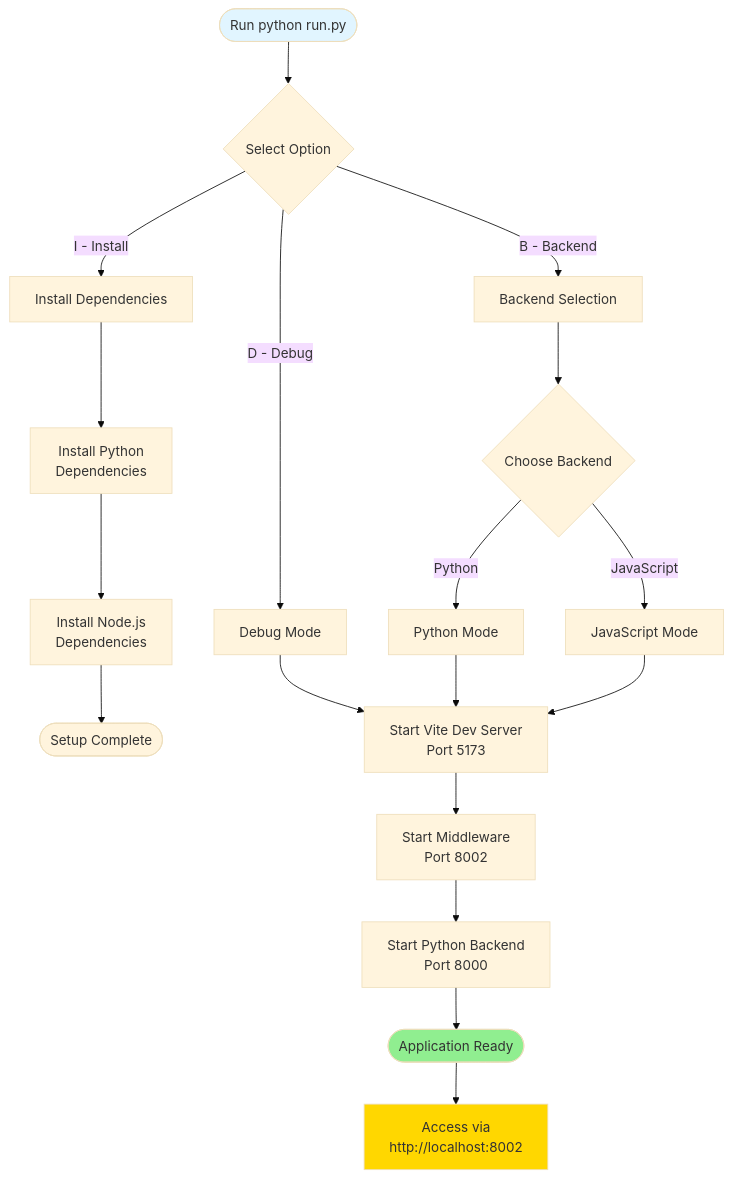
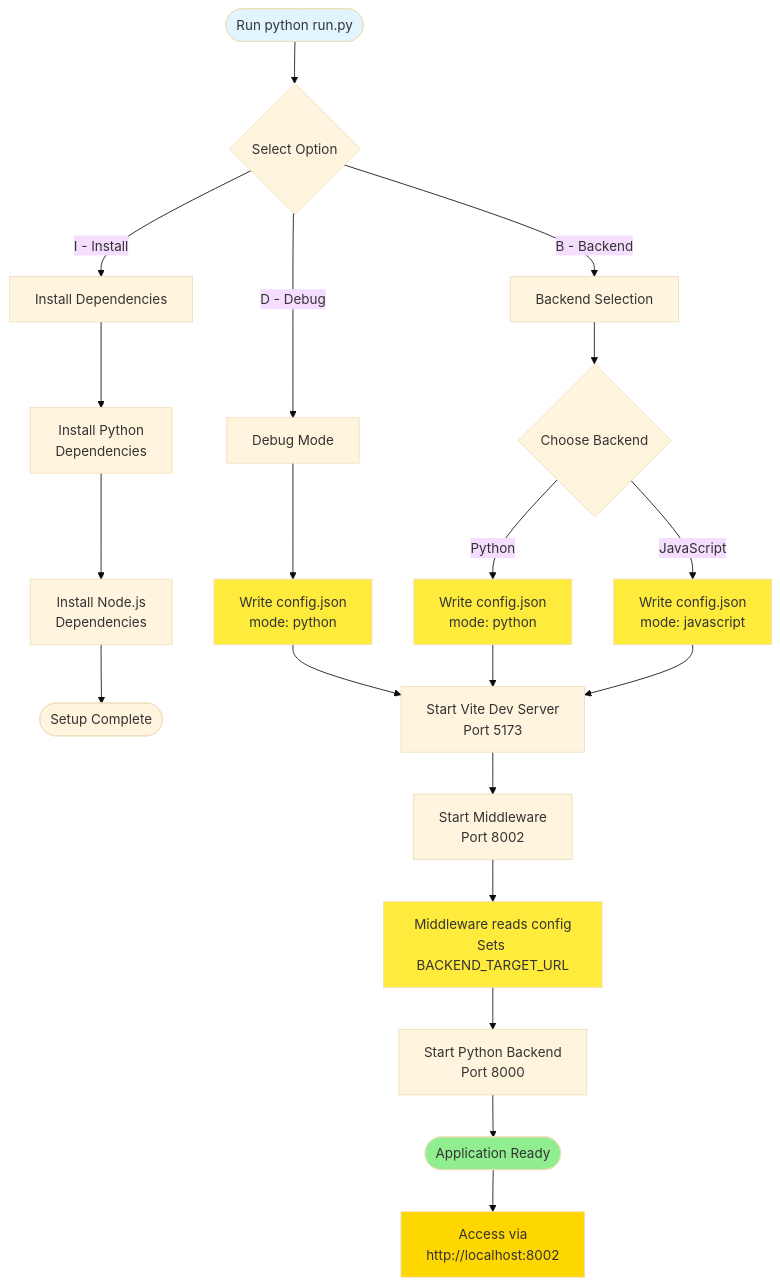
The first of 2 diagrams in docs/SETUP.md (sunyhydralab/QView3D), drawn with Mermaid (base theme) before and after one commit. The commit also changed other lines of this file and 4 other files, not shown here.

Commit message:
docs: update documentation to reflect middleware architecture changes

````diff
--- a/docs/SETUP.md
+++ b/docs/SETUP.md
@@ -44,30 +44,36 @@
 ```mermaid
 flowchart TB
     Start([Run python run.py]) --> Menu{Select Option}
 
     Menu -->|I - Install| Install[Install Dependencies]
     Menu -->|D - Debug| Debug[Debug Mode]
     Menu -->|B - Backend| Backend[Backend Selection]
 
     Install --> PyDeps[Install Python<br/>Dependencies]
     PyDeps --> NodeDeps[Install Node.js<br/>Dependencies]
     NodeDeps --> Done([Setup Complete])
 
-    Debug --> StartVite[Start Vite Dev Server<br/>Port 5173]
+    Debug --> ConfigDefault[Write config.json<br/>mode: python]
+    ConfigDefault --> StartVite[Start Vite Dev Server<br/>Port 5173]
     StartVite --> StartMiddleware[Start Middleware<br/>Port 8002]
-    StartMiddleware --> StartPython[Start Python Backend<br/>Port 8000]
+    StartMiddleware --> ReadConfig[Middleware reads config<br/>Sets BACKEND_TARGET_URL]
+    ReadConfig --> StartPython[Start Python Backend<br/>Port 8000]
     StartPython --> Ready([Application Ready])
 
     Backend --> Choice{Choose Backend}
-    Choice -->|Python| PythonMode[Python Mode]
-    Choice -->|JavaScript| JSMode[JavaScript Mode]
+    Choice -->|Python| PythonMode[Write config.json<br/>mode: python]
+    Choice -->|JavaScript| JSMode[Write config.json<br/>mode: javascript]
 
     PythonMode --> StartVite
     JSMode --> StartVite
 
     Ready --> Access[Access via<br/>http://localhost:8002]
 
     style Start fill:#e1f5ff
+    style ConfigDefault fill:#ffeb3b
+    style PythonMode fill:#ffeb3b
+    style JSMode fill:#ffeb3b
+    style ReadConfig fill:#ffeb3b
     style Ready fill:#90ee90
     style Access fill:#ffd700
 ```
````
